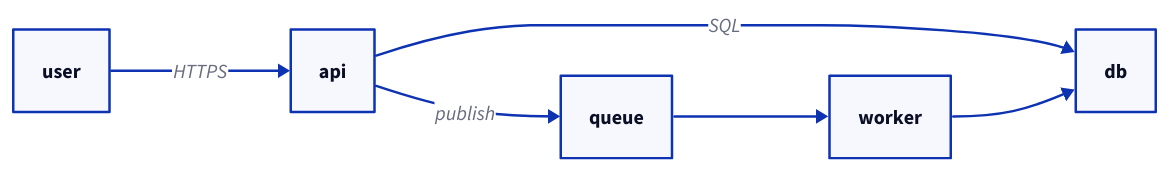
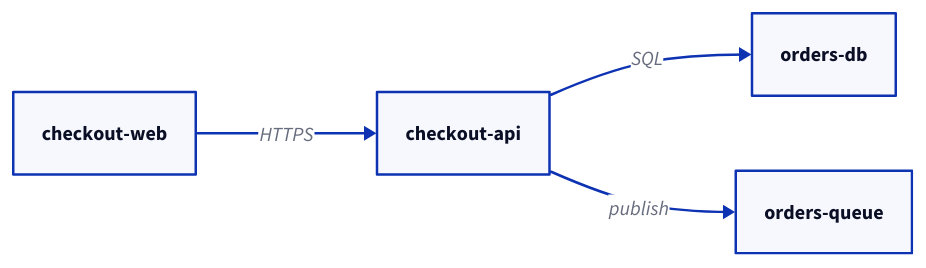
One commit to RobbyBobby77/agent-skills changed the second of 2 diagrams in diagrams/SKILL.md. Above: the diagram before and after it, drawn with D2. The commit also changed other lines of this file and 46 other files, not shown here.

````diff
--- a/diagrams/SKILL.md
+++ b/diagrams/SKILL.md
@@ -144,8 +137,6 @@
 ```d2
 direction: right
-user -> api: HTTPS
-api -> db: SQL
-api -> queue: publish
-queue -> worker
-worker -> db
+checkout-web -> checkout-api: HTTPS
+checkout-api -> orders-db: SQL
+checkout-api -> orders-queue: publish
 ```
````
